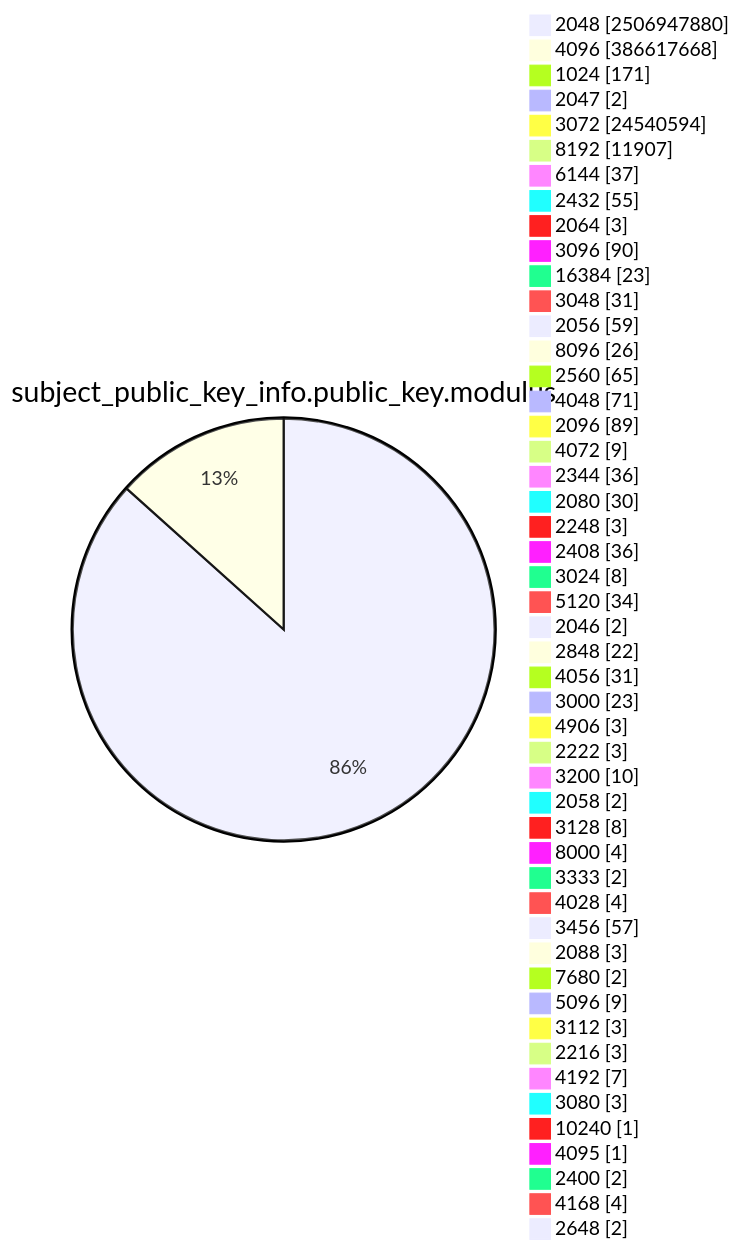
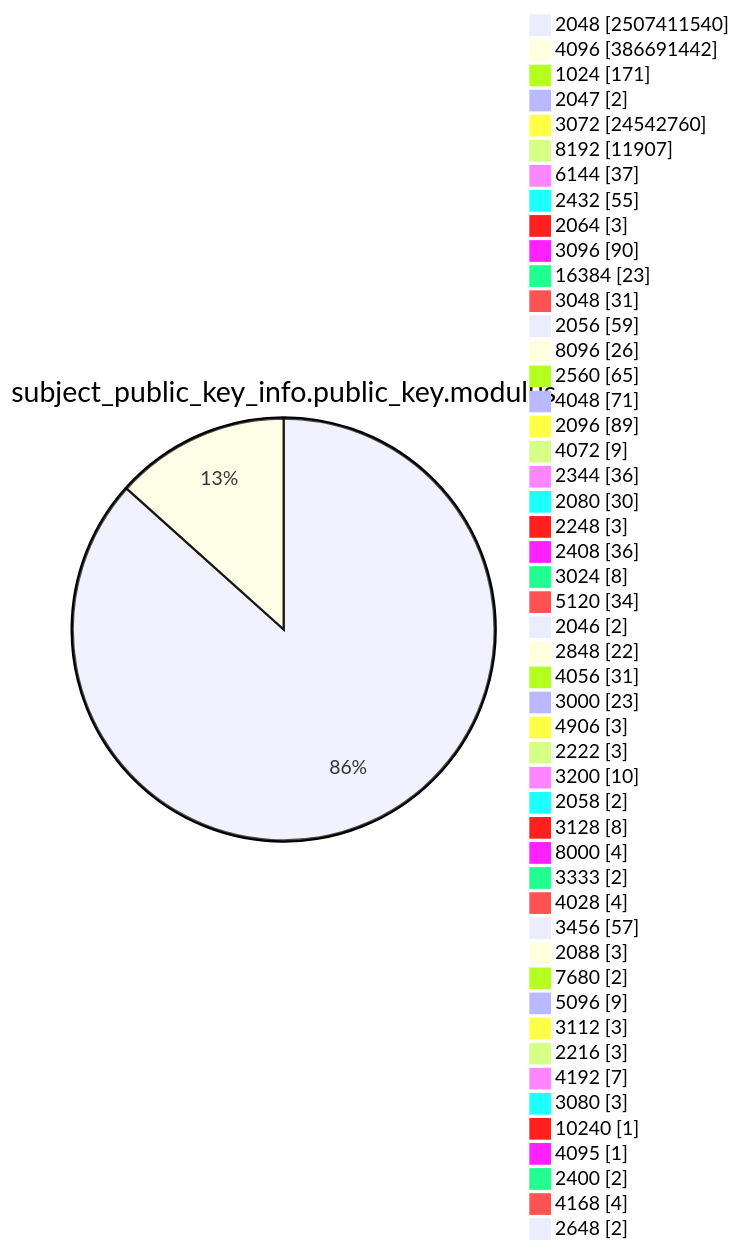
Diagram 13 of 15 in TOTAL/README.md (christiankrug/ctmonitor_visualization), drawn with Mermaid before and after one commit. The commit also changed other lines of this file, not shown here.

````diff
--- a/TOTAL/README.md
+++ b/TOTAL/README.md
@@ -4169,53 +4169,53 @@
 ```mermaid
 pie showData
 title subject_public_key_info.public_key.modulus
-"2048" :2506947880
-"4096" :386617668
+"2048" :2507411540
+"4096" :386691442
 "1024" :171
 "2047" :2
-"3072" :24540594
+"3072" :24542760
 "8192" :11907
 "6144" :37
 "2432" :55
 "2064" :3
 "3096" :90
 "16384" :23
 "3048" :31
 "2056" :59
 "8096" :26
 "2560" :65
 "4048" :71
 "2096" :89
 "4072" :9
 "2344" :36
 "2080" :30
 "2248" :3
 "2408" :36
 "3024" :8
 "5120" :34
 "2046" :2
 "2848" :22
 "4056" :31
 "3000" :23
 "4906" :3
 "2222" :3
 "3200" :10
 "2058" :2
 "3128" :8
 "8000" :4
 "3333" :2
 "4028" :4
 "3456" :57
 "2088" :3
 "7680" :2
 "5096" :9
 "3112" :3
 "2216" :3
 "4192" :7
 "3080" :3
 "10240" :1
 "4095" :1
 "2400" :2
 "4168" :4
 "2648" :2
 ```
````
